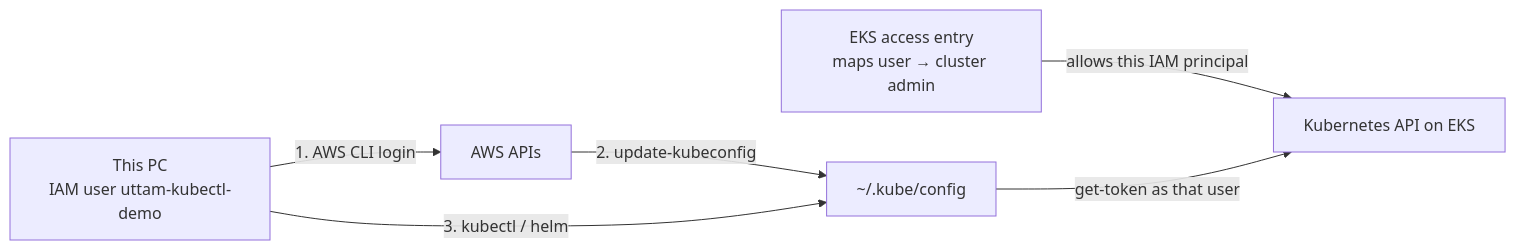
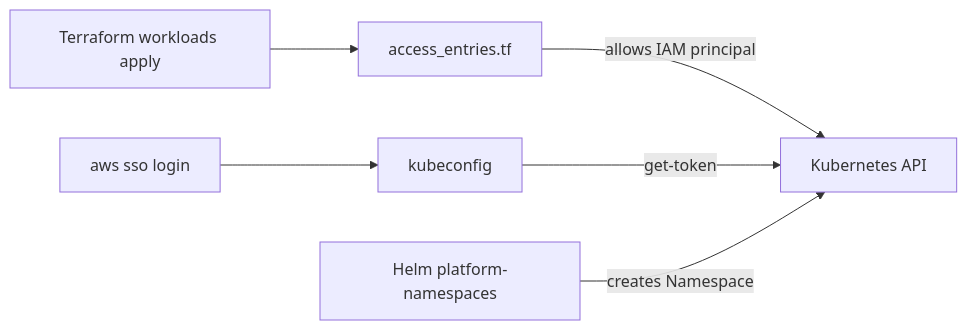
Before and after one commit to UttamGiri/kong-ai-gateway: the first of 2 diagrams in aws/helm/namespace/CONNECT.md, drawn with Mermaid. The commit also changed other lines of this file and 17 other files, not shown here.

````diff
--- a/aws/helm/namespace/CONNECT.md
+++ b/aws/helm/namespace/CONNECT.md
@@ -7,14 +9,15 @@
 ```mermaid
 flowchart LR
-    YOU["This PC<br/>IAM user uttam-kubectl-demo"]
-    AWS["AWS APIs"]
-    CFG["~/.kube/config"]
-    ENTRY["EKS access entry<br/>maps user → cluster admin"]
-    API["Kubernetes API on EKS"]
+  TF["Terraform workloads apply"]
+  AE["access_entries.tf"]
+  LOGIN["aws sso login"]
+  CFG["kubeconfig"]
+  HELM["Helm platform-namespaces"]
+  API["Kubernetes API"]
 
-    YOU -->|"1. AWS CLI login"| AWS
-    AWS -->|"2. update-kubeconfig"| CFG
-    ENTRY -->|"allows this IAM principal"| API
-    YOU -->|"3. kubectl / helm"| CFG
-    CFG -->|"get-token as that user"| API
+  TF --> AE
+  AE -->|"allows IAM principal"| API
+  LOGIN --> CFG
+  CFG -->|"get-token"| API
+  HELM -->|"creates Namespace"| API
 ```
````
